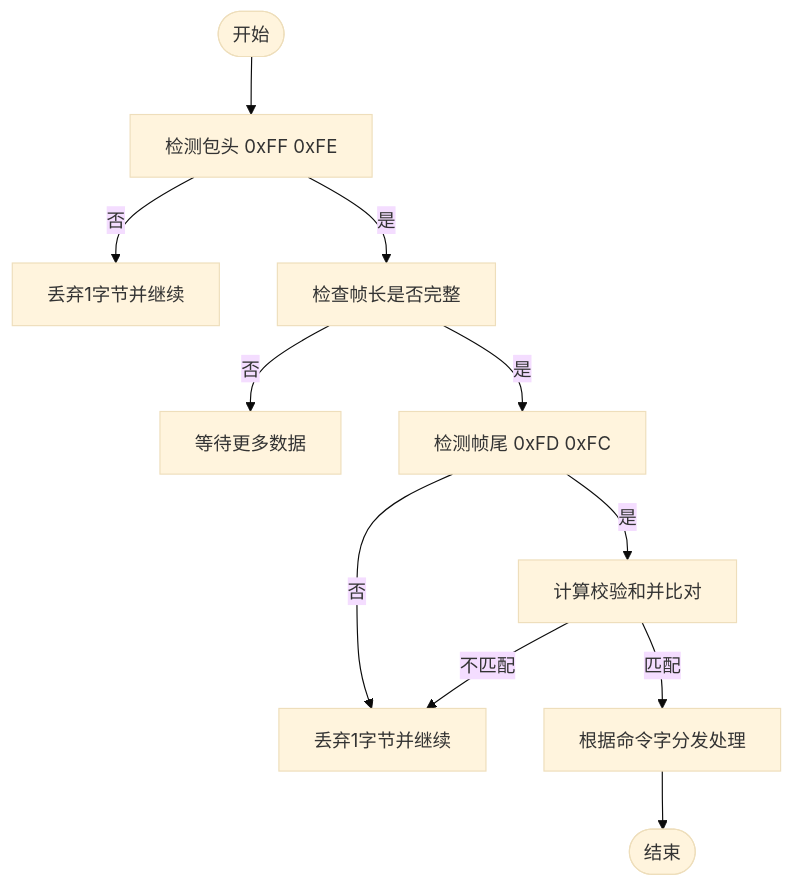
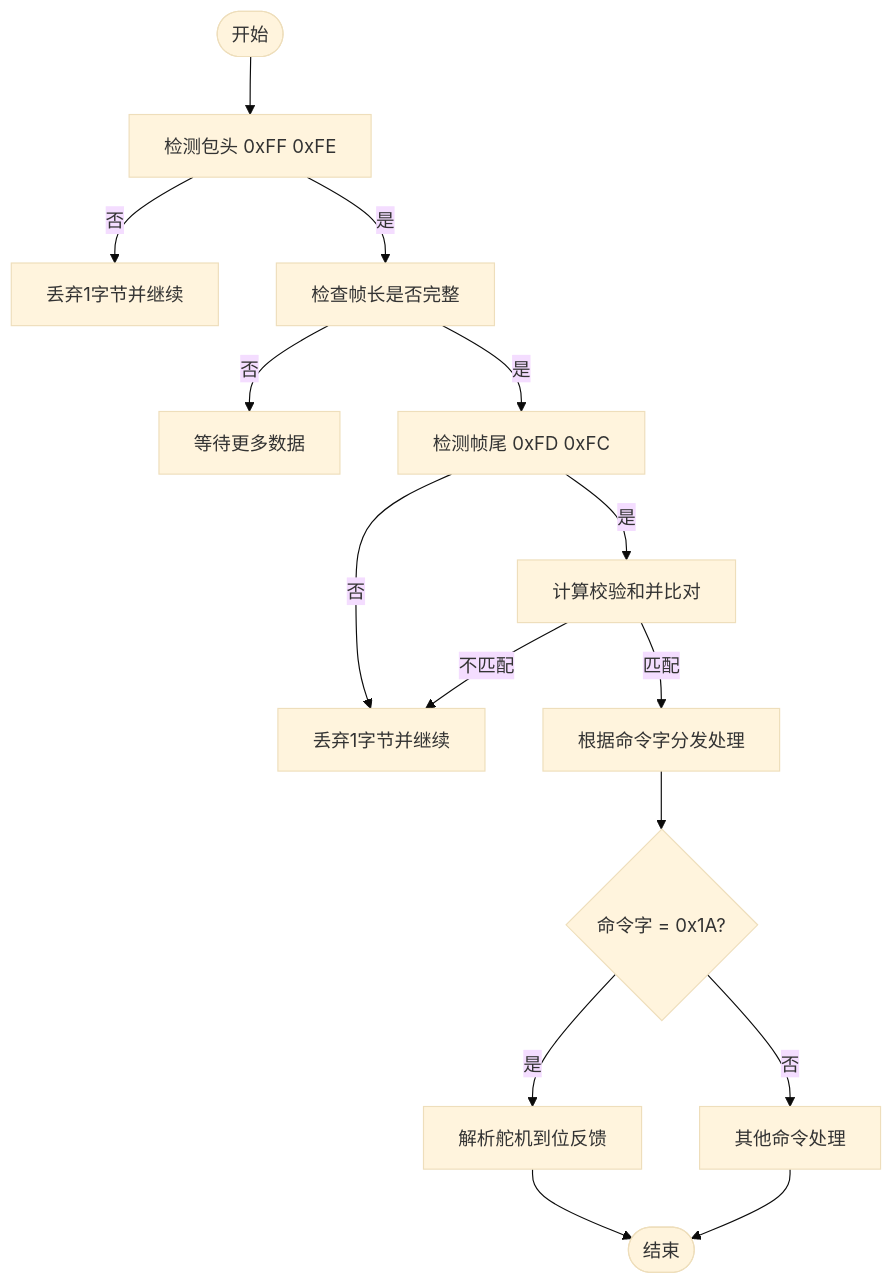
Before and after one commit to yangreest/Zero-value-Insulator-Robot-V2: the fifth of 6 diagrams in .qoder/repowiki/zh/content/核心模块/协议处理模块.md, drawn with Mermaid (base theme). The commit also changed other lines of this file and 4 other files, not shown here.

````diff
--- a/.qoder/repowiki/zh/content/核心模块/协议处理模块.md
+++ b/.qoder/repowiki/zh/content/核心模块/协议处理模块.md
@@ -310,13 +328,17 @@
 ```mermaid
 flowchart TD
 Start(["开始"]) --> CheckHead["检测包头 0xFF 0xFE"]
 CheckHead --> |否| SkipByte["丢弃1字节并继续"]
 CheckHead --> |是| CheckLen["检查帧长是否完整"]
 CheckLen --> |否| WaitMore["等待更多数据"]
 CheckLen --> |是| CheckTail["检测帧尾 0xFD 0xFC"]
 CheckTail --> |否| EraseOne["丢弃1字节并继续"]
 CheckTail --> |是| CheckSum["计算校验和并比对"]
 CheckSum --> |不匹配| EraseOne
 CheckSum --> |匹配| Dispatch["根据命令字分发处理"]
-Dispatch --> Done(["结束"])
+Dispatch --> Case0x1A{"命令字 = 0x1A?"}
+Case0x1A --> |是| ParseServo["解析舵机到位反馈"]
+Case0x1A --> |否| OtherCases["其他命令处理"]
+ParseServo --> Done(["结束"])
+OtherCases --> Done
 ```
````
